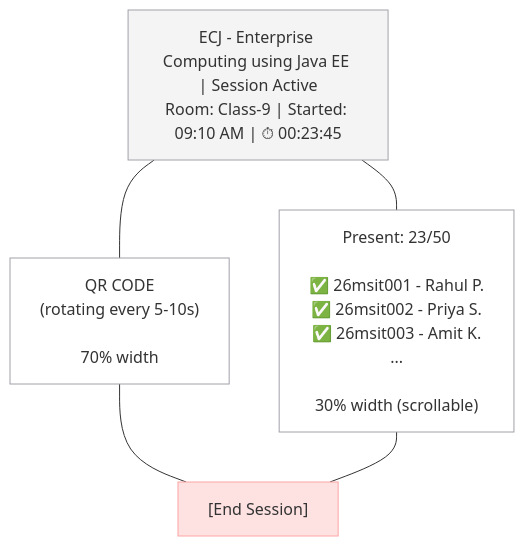
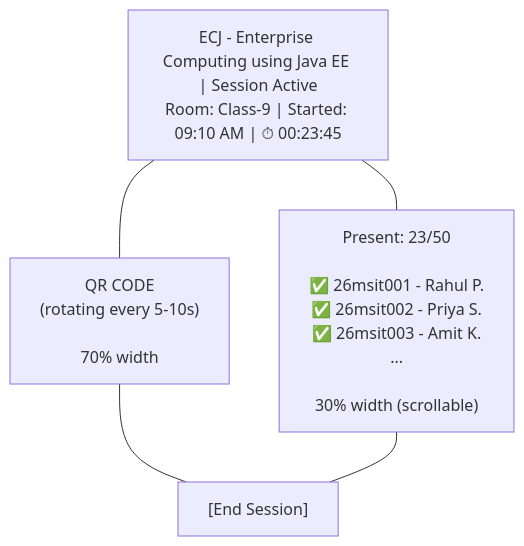
One commit to AyushBhagat151105/secured_attendance changed the second of 3 diagrams in architecture.md. Above: the diagram before and after it, drawn with Mermaid. The commit also changed other lines of this file, not shown here.

Commit message:
docs: remove obsolete style definitions from architecture diagram

````diff
--- a/architecture.md
+++ b/architecture.md
@@ -935,19 +935,14 @@
 ```mermaid
 flowchart TB
     Header["ECJ - Enterprise Computing using Java EE | Session Active<br>Room: Class-9 | Started: 09:10 AM | ⏱ 00:23:45"]
     
     QR["QR CODE<br>(rotating every 5-10s)<br><br>70% width"]
     List["Present: 23/50<br><br>✅ 26msit001 - Rahul P.<br>✅ 26msit002 - Priya S.<br>✅ 26msit003 - Amit K.<br>...<br><br>30% width (scrollable)"]
     
     Footer["[End Session]"]
 
     Header --- QR
     Header --- List
     QR --- Footer
     List --- Footer
-
-    style Header fill:#f4f4f5,stroke:#a1a1aa
-    style QR fill:#fff,stroke:#a1a1aa
-    style List fill:#fff,stroke:#a1a1aa
-    style Footer fill:#fee2e2,stroke:#fca5a5
 ```
````
